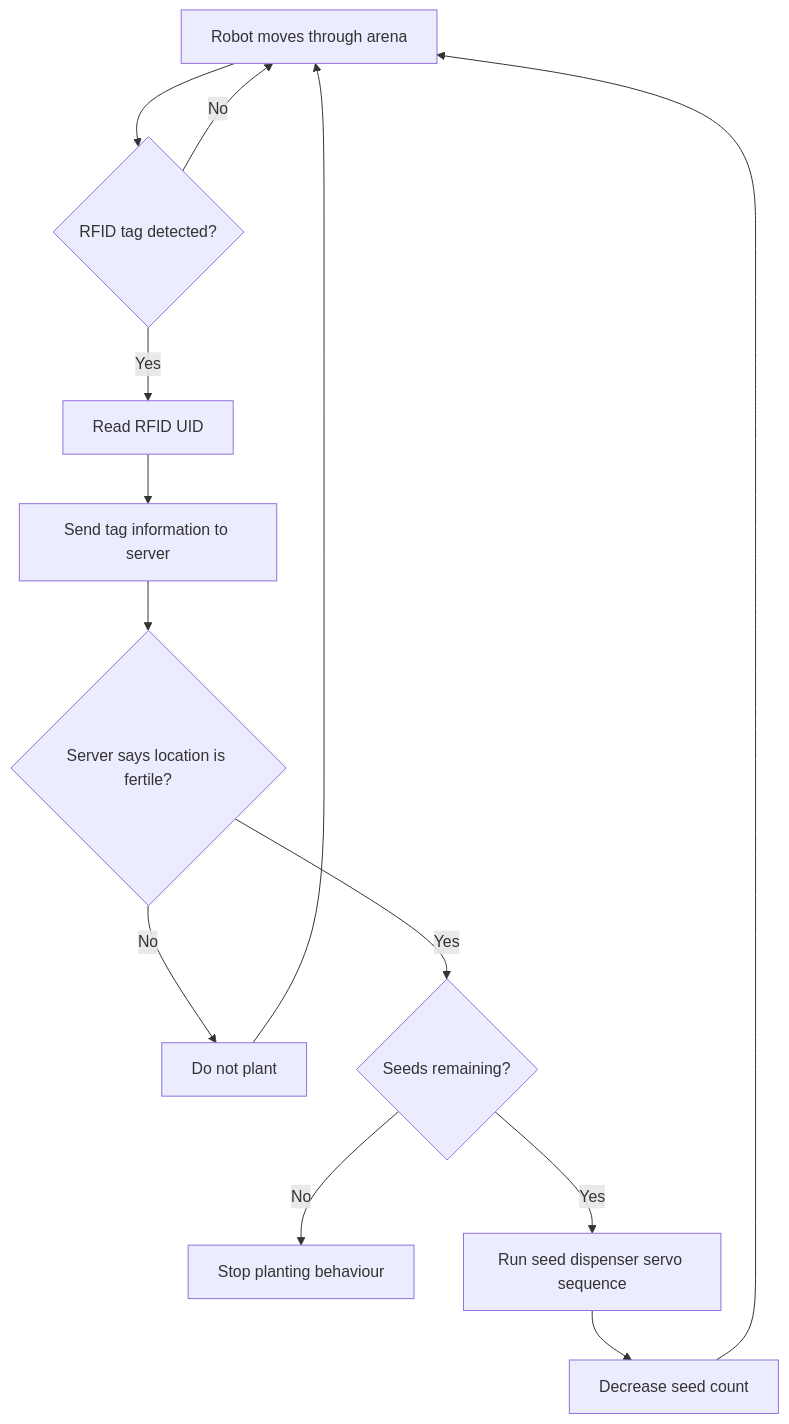
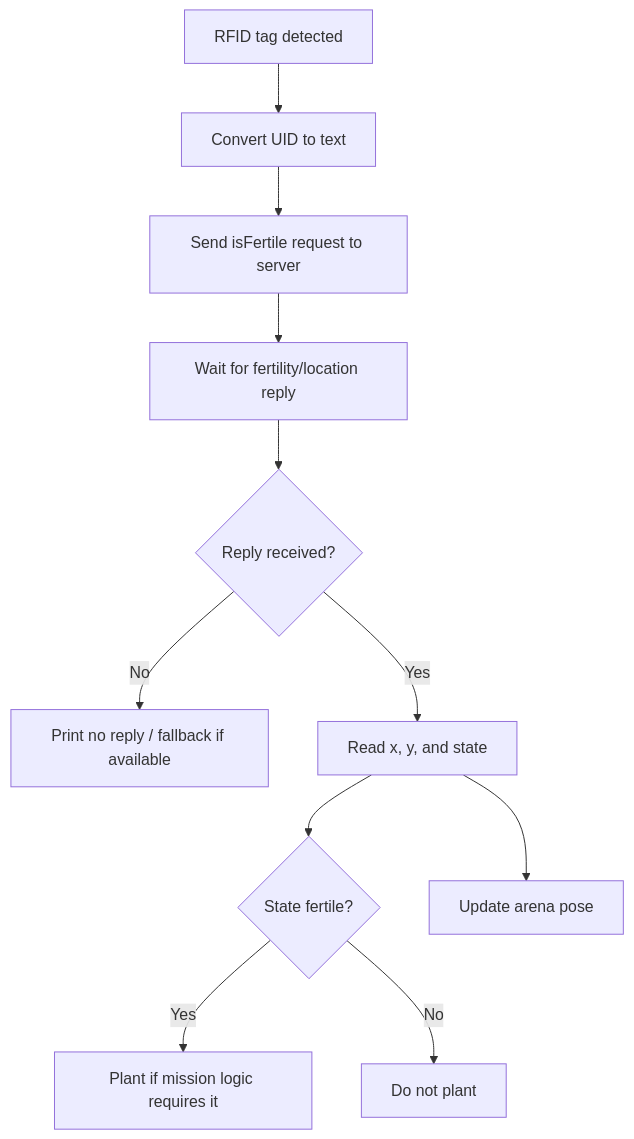
Before and after one commit to Nolanyu99/term3_robot: the tenth of 14 diagrams in README.md, drawn with Mermaid. The commit also changed other lines of this file, not shown here.

````diff
--- a/README.md
+++ b/README.md
@@ -412,18 +663,16 @@
 ```mermaid
 flowchart TD
-    A[Robot moves through arena] --> B{RFID tag detected?}
+    A[RFID tag detected] --> B[Convert UID to text]
+    B --> C[Send isFertile request to server]
+    C --> D[Wait for fertility/location reply]
 
-    B -->|No| A
-    B -->|Yes| C[Read RFID UID]
-    C --> D[Send tag information to server]
-    D --> E{Server says location is fertile?}
+    D --> E{Reply received?}
+    E -->|No| F[Print no reply / fallback if available]
+    E -->|Yes| G[Read x, y, and state]
 
-    E -->|No| F[Do not plant]
-    F --> A
+    G --> H{State fertile?}
+    H -->|Yes| I[Plant if mission logic requires it]
+    H -->|No| J[Do not plant]
 
-    E -->|Yes| G{Seeds remaining?}
-    G -->|No| H[Stop planting behaviour]
-    G -->|Yes| I[Run seed dispenser servo sequence]
-    I --> J[Decrease seed count]
-    J --> A
+    G --> K[Update arena pose]
 ```
````
